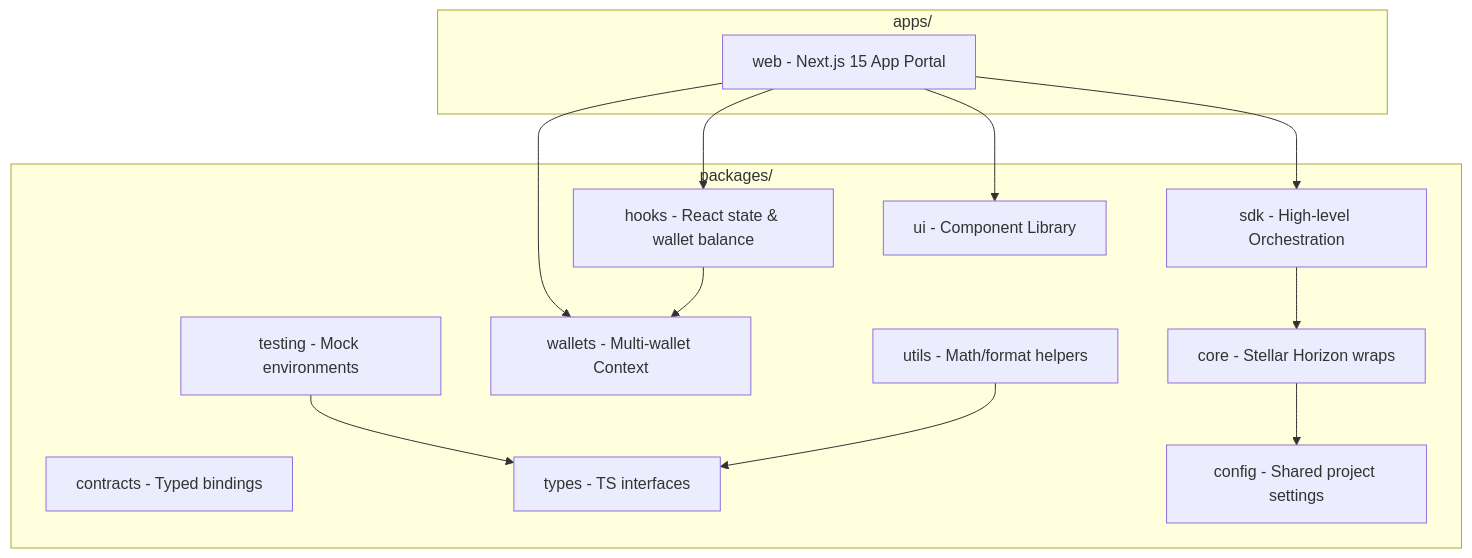
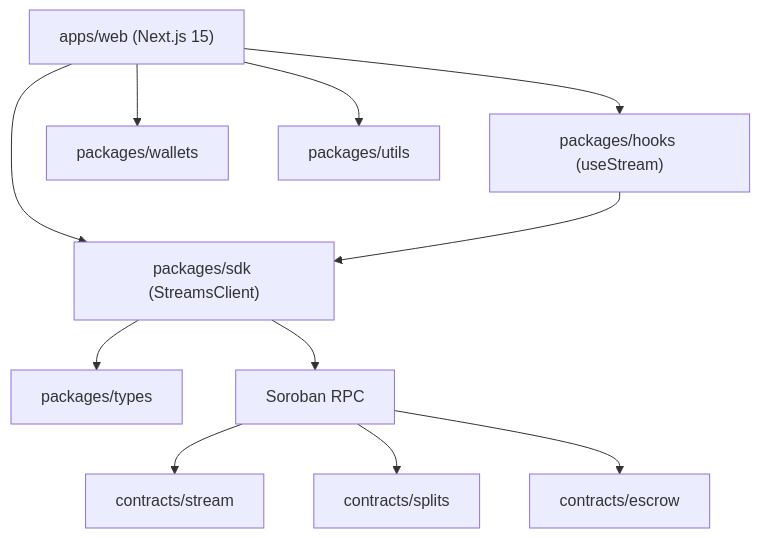
Before and after one commit to SorobanForge/stellar-starter-kit: the diagram in README.md, drawn with Mermaid. The commit also changed other lines of this file and 150 other files, not shown here.

````diff
--- a/README.md
+++ b/README.md
@@ -44,29 +73,13 @@
 ```mermaid
 graph TD
-    subgraph apps ["apps/"]
-        Web[web - Next.js 15 App Portal]
-    end
-
-    subgraph packages ["packages/"]
-        SDK[sdk - High-level Orchestration]
-        Core[core - Stellar Horizon wraps]
-        Hooks[hooks - React state & wallet balance]
-        Wallets[wallets - Multi-wallet Context]
-        UI[ui - Component Library]
-        Contracts[contracts - Typed bindings]
-        Testing[testing - Mock environments]
-        Types[types - TS interfaces]
-        Utils[utils - Math/format helpers]
-        Config[config - Shared project settings]
-    end
-
-    Web --> SDK
-    Web --> Hooks
-    Web --> Wallets
-    Web --> UI
-    SDK --> Core
-    Hooks --> Wallets
-    Testing --> Types
-    Utils --> Types
-    Core --> Config
+    Web["apps/web (Next.js 15)"] --> SDK["packages/sdk (StreamsClient)"]
+    Web --> Hooks["packages/hooks (useStream)"]
+    Web --> Wallets["packages/wallets"]
+    SDK --> Types["packages/types"]
+    Hooks --> SDK
+    Web --> Utils["packages/utils"]
+    SDK --> RPC["Soroban RPC"]
+    RPC --> Stream["contracts/stream"]
+    RPC --> Splits["contracts/splits"]
+    RPC --> Escrow["contracts/escrow"]
 ```
````
